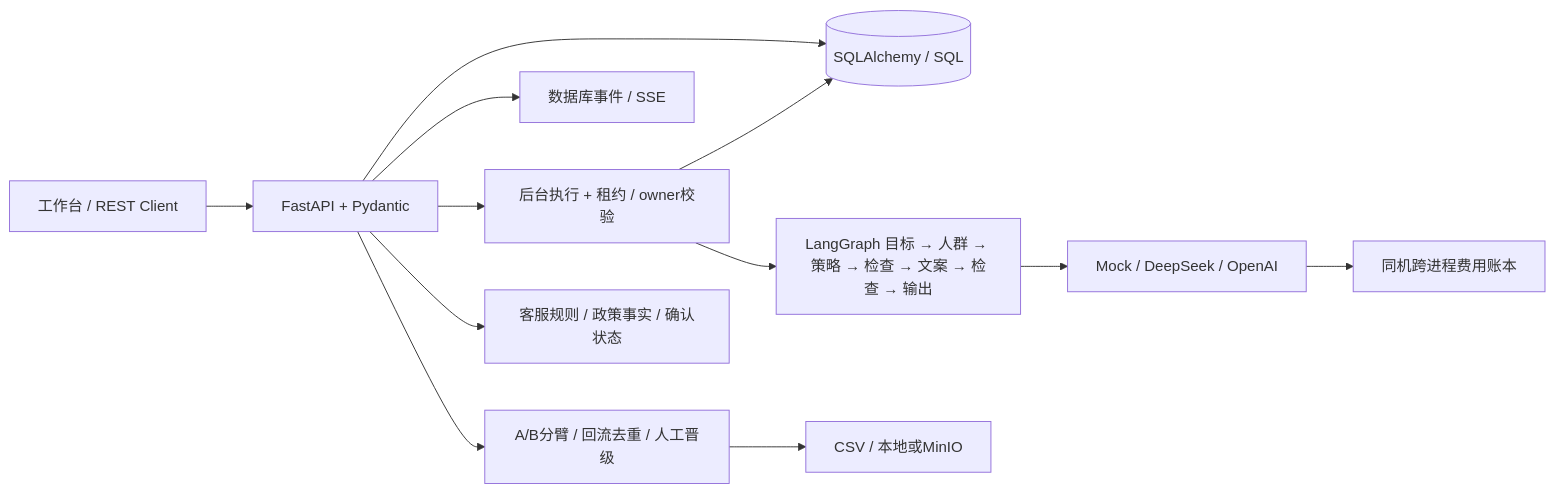
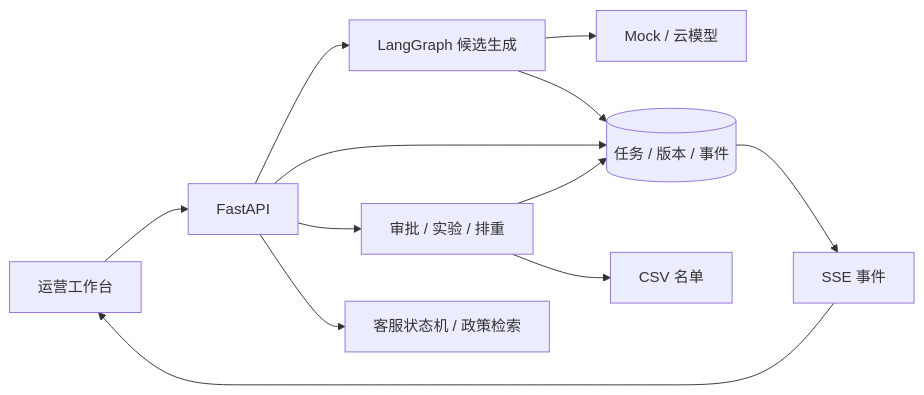
Before and after one commit to dellya-zhang/FlowPilot: the diagram in README.md, drawn with Mermaid. The commit also changed other lines of this file and 8 other files, not shown here.

````diff
--- a/README.md
+++ b/README.md
@@ -212,14 +34,14 @@
 ```mermaid
 flowchart LR
-    UI[工作台 / REST Client] --> API[FastAPI + Pydantic]
-    API --> SQL[(SQLAlchemy / SQL)]
-    API --> Runner[后台执行 + 租约 / owner校验]
-    Runner --> Graph[LangGraph 目标 → 人群 → 策略 → 检查 → 文案 → 检查 → 输出]
-    Graph --> Provider[Mock / DeepSeek / OpenAI]
-    Provider --> Budget[同机跨进程费用账本]
-    Runner --> SQL
-    API --> Events[数据库事件 / SSE]
-    API --> Experiment[A/B分臂 / 回流去重 / 人工晋级]
-    Experiment --> Store[CSV / 本地或MinIO]
-    API --> Support[客服规则 / 政策事实 / 确认状态]
+    UI[运营工作台] --> API[FastAPI]
+    API --> G[LangGraph 候选生成]
+    G --> M[Mock / 云模型]
+    API --> DB[(任务 / 版本 / 事件)]
+    G --> DB
+    API --> C[审批 / 实验 / 排重]
+    C --> DB
+    C --> CSV[CSV 名单]
+    DB --> SSE[SSE 事件]
+    SSE --> UI
+    API --> S[客服状态机 / 政策检索]
 ```
````
